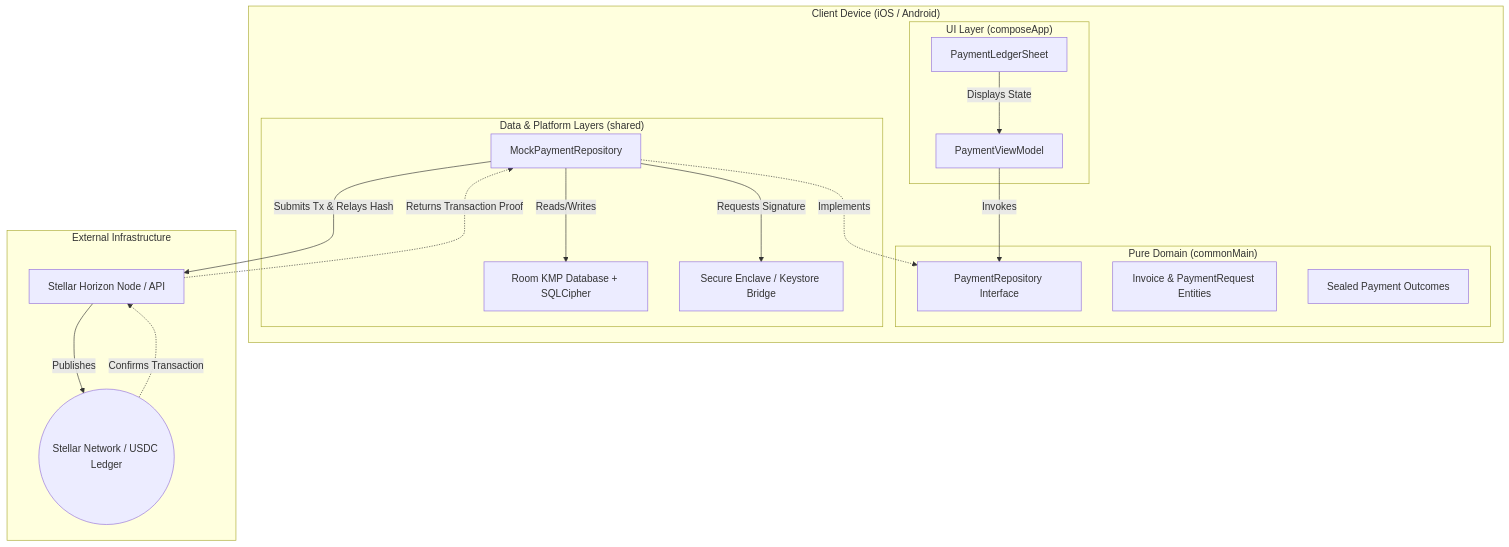
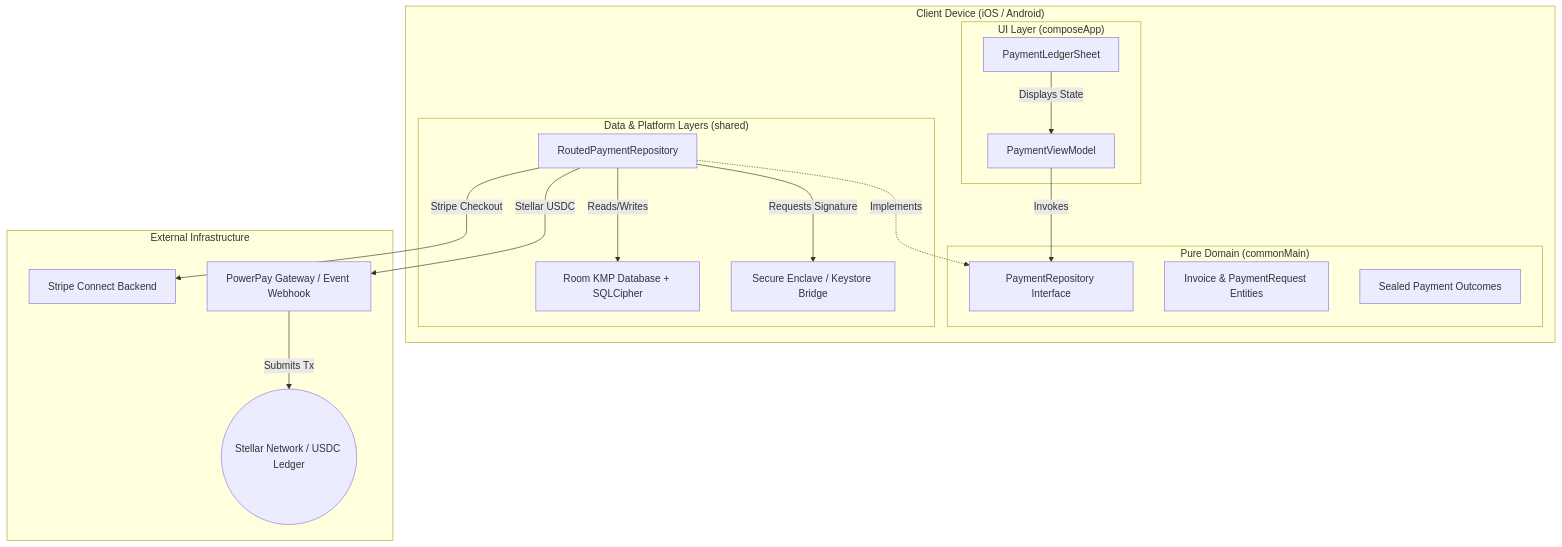
The diagram in docs/index.md (justin1028c/Invoice-Hammer), drawn with Mermaid before and after one commit. The commit also changed other lines of this file and 1 other file, not shown here.

````diff
--- a/docs/index.md
+++ b/docs/index.md
@@ -39,33 +44,33 @@
 ```mermaid
 graph TD
     subgraph clientDevice ["Client Device (iOS / Android)"]
         subgraph uiLayer ["UI Layer (composeApp)"]
             VM[PaymentViewModel]
             UI[PaymentLedgerSheet]
         end
         subgraph pureDomain ["Pure Domain (commonMain)"]
             RepoContract["PaymentRepository Interface"]
             Entities["Invoice & PaymentRequest Entities"]
             Outcomes["Sealed Payment Outcomes"]
         end
         subgraph dataPlatform ["Data & Platform Layers (shared)"]
-            RepoImpl[MockPaymentRepository]
+            RepoImpl[RoutedPaymentRepository]
             DB["Room KMP Database + SQLCipher"]
             Enclave["Secure Enclave / Keystore Bridge"]
         end
     end
     subgraph externalInfra ["External Infrastructure"]
-        HorizonNode["Stellar Horizon Node / API"]
+        Stripe["Stripe Connect Backend"]
+        PP["PowerPay Gateway / Event Webhook"]
         Stellar(("Stellar Network / USDC Ledger"))
     end
 
     UI -->|Displays State| VM
     VM -->|Invokes| RepoContract
     RepoImpl -.->|Implements| RepoContract
     RepoImpl -->|Reads/Writes| DB
     RepoImpl -->|Requests Signature| Enclave
-    RepoImpl -->|Submits Tx & Relays Hash| HorizonNode
-    HorizonNode -->|Publishes| Stellar
-    Stellar -.->|Confirms Transaction| HorizonNode
-    HorizonNode -.->|Returns Transaction Proof| RepoImpl
+    RepoImpl -->|Stripe Checkout| Stripe
+    RepoImpl -->|Stellar USDC| PP
+    PP -->|Submits Tx| Stellar
 ```
````
